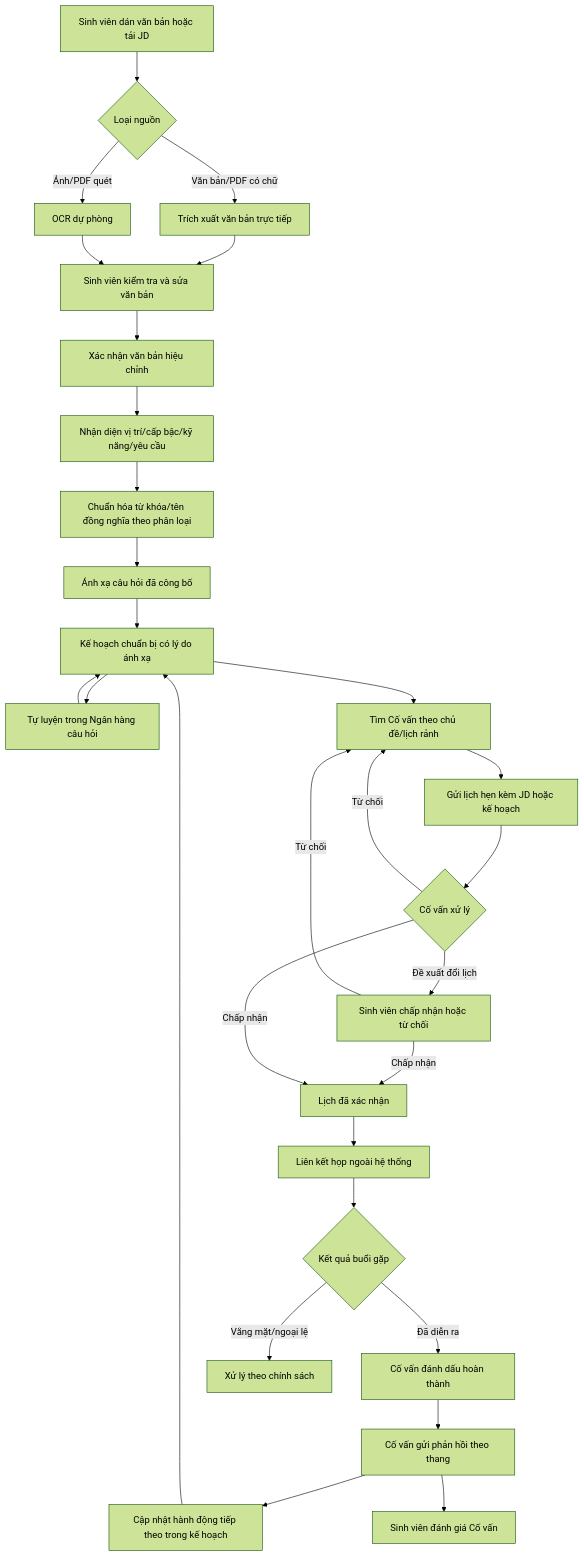
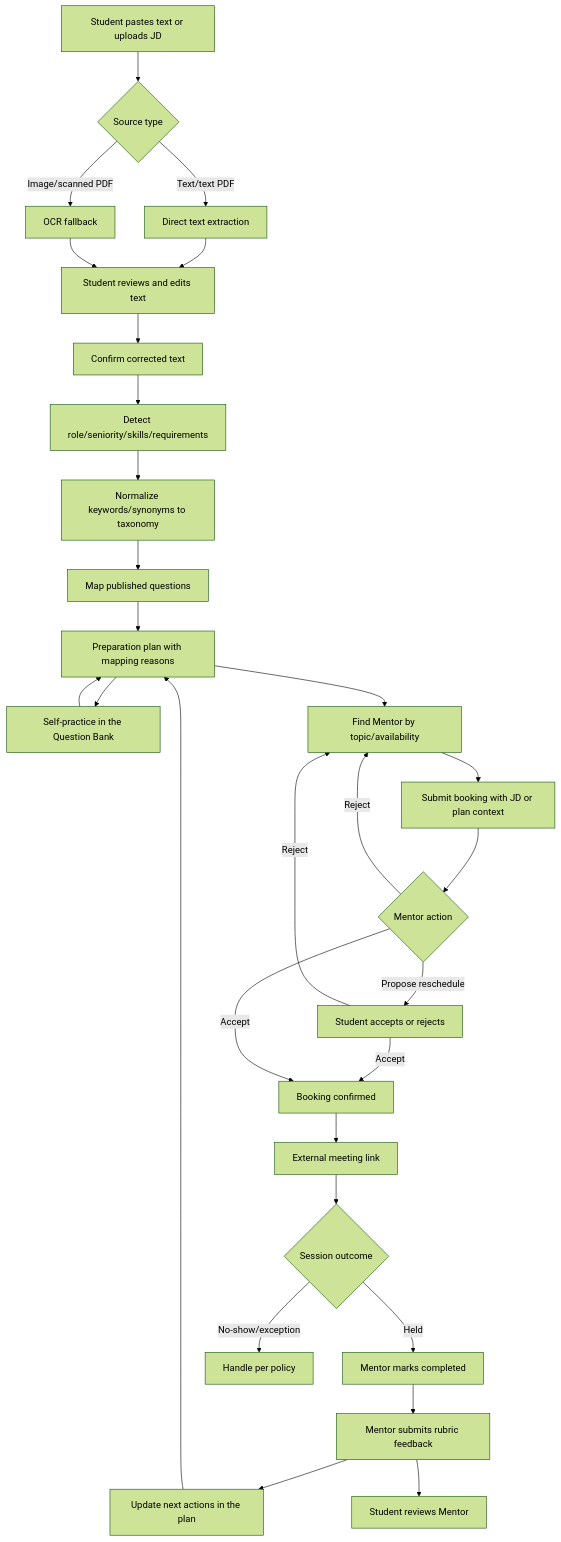
One commit to tnnhuaa/InterviewQuestionBank changed the first of 2 diagrams in docs/Project_Vision_and_Scope/Future_State_Workflow.md. Above: the diagram before and after it, drawn with Mermaid (forest theme). The commit also changed other lines of this file and 19 other files, not shown here.

````diff
--- a/docs/Project_Vision_and_Scope/Future_State_Workflow.md
+++ b/docs/Project_Vision_and_Scope/Future_State_Workflow.md
@@ -15,31 +15,31 @@
 ```mermaid
 flowchart TD
-    A["Sinh viên dán văn bản hoặc tải JD"] --> B{"Loại nguồn"}
-    B -- "Văn bản/PDF có chữ" --> C["Trích xuất văn bản trực tiếp"]
-    B -- "Ảnh/PDF quét" --> D["OCR dự phòng"]
-    C --> E["Sinh viên kiểm tra và sửa văn bản"]
+    A["Student pastes text or uploads JD"] --> B{"Source type"}
+    B -- "Text/text PDF" --> C["Direct text extraction"]
+    B -- "Image/scanned PDF" --> D["OCR fallback"]
+    C --> E["Student reviews and edits text"]
     D --> E
-    E --> F["Xác nhận văn bản hiệu chỉnh"]
-    F --> G["Nhận diện vị trí/cấp bậc/kỹ năng/yêu cầu"]
-    G --> H["Chuẩn hóa từ khóa/tên đồng nghĩa theo phân loại"]
-    H --> I["Ánh xạ câu hỏi đã công bố"]
-    I --> J["Kế hoạch chuẩn bị có lý do ánh xạ"]
-    J --> K["Tự luyện trong Ngân hàng câu hỏi"]
-    J --> L["Tìm Cố vấn theo chủ đề/lịch rảnh"]
+    E --> F["Confirm corrected text"]
+    F --> G["Detect role/seniority/skills/requirements"]
+    G --> H["Normalize keywords/synonyms to taxonomy"]
+    H --> I["Map published questions"]
+    I --> J["Preparation plan with mapping reasons"]
+    J --> K["Self-practice in the Question Bank"]
+    J --> L["Find Mentor by topic/availability"]
     K --> J
-    L --> M["Gửi lịch hẹn kèm JD hoặc kế hoạch"]
-    M --> N{"Cố vấn xử lý"}
-    N -- "Từ chối" --> L
-    N -- "Đề xuất đổi lịch" --> O["Sinh viên chấp nhận hoặc từ chối"]
-    O -- "Chấp nhận" --> P["Lịch đã xác nhận"]
-    O -- "Từ chối" --> L
-    N -- "Chấp nhận" --> P
-    P --> Q["Liên kết họp ngoài hệ thống"]
-    Q --> R{"Kết quả buổi gặp"}
-    R -- "Đã diễn ra" --> S["Cố vấn đánh dấu hoàn thành"]
-    R -- "Vắng mặt/ngoại lệ" --> X["Xử lý theo chính sách"]
-    S --> T["Cố vấn gửi phản hồi theo thang"]
-    T --> U["Cập nhật hành động tiếp theo trong kế hoạch"]
+    L --> M["Submit booking with JD or plan context"]
+    M --> N{"Mentor action"}
+    N -- "Reject" --> L
+    N -- "Propose reschedule" --> O["Student accepts or rejects"]
+    O -- "Accept" --> P["Booking confirmed"]
+    O -- "Reject" --> L
+    N -- "Accept" --> P
+    P --> Q["External meeting link"]
+    Q --> R{"Session outcome"}
+    R -- "Held" --> S["Mentor marks completed"]
+    R -- "No-show/exception" --> X["Handle per policy"]
+    S --> T["Mentor submits rubric feedback"]
+    T --> U["Update next actions in the plan"]
     U --> J
-    T --> V["Sinh viên đánh giá Cố vấn"]
+    T --> V["Student reviews Mentor"]
 ```
````
